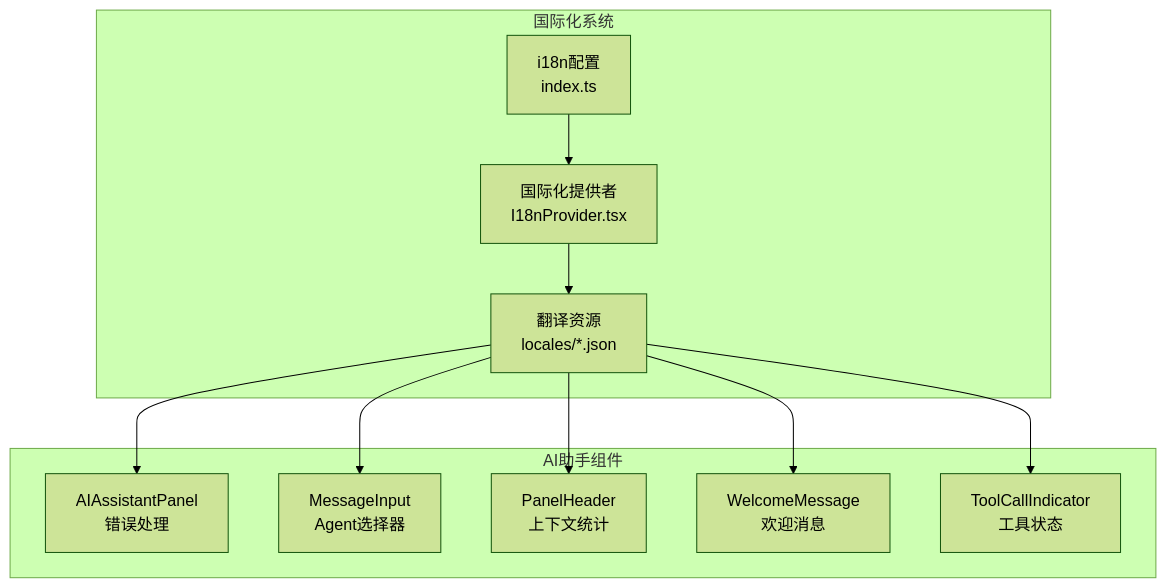
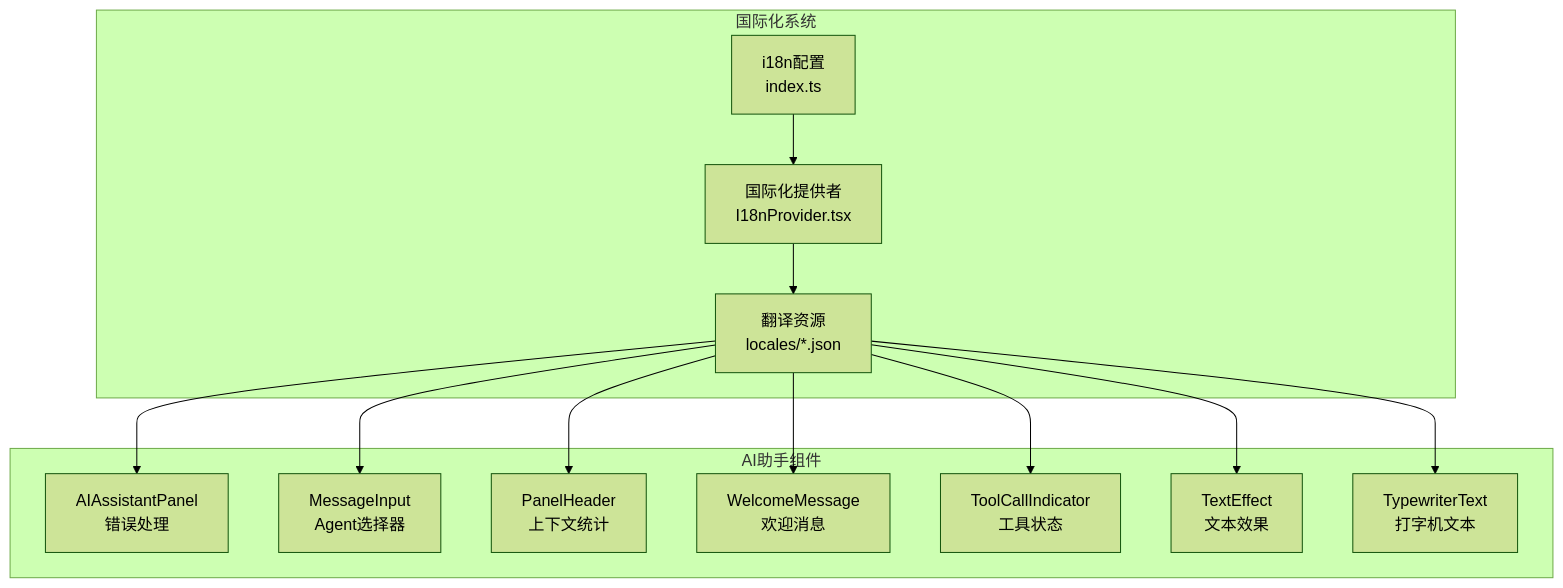
Before and after one commit to KunLabAI/KunFlix: diagram 14 of 15 in .qoder/repowiki/zh/content/系统架构/前端架构/组件架构/AI助手组件.md, drawn with Mermaid (forest theme). The commit also changed other lines of this file and 12 other files, not shown here.

````diff
--- a/.qoder/repowiki/zh/content/系统架构/前端架构/组件架构/AI助手组件.md
+++ b/.qoder/repowiki/zh/content/系统架构/前端架构/组件架构/AI助手组件.md
@@ -533,22 +644,26 @@
 ```mermaid
 graph TB
 subgraph "国际化系统"
 A["i18n配置<br/>index.ts"]
 B["国际化提供者<br/>I18nProvider.tsx"]
 C["翻译资源<br/>locales/*.json"]
 end
 subgraph "AI助手组件"
 D["AIAssistantPanel<br/>错误处理"]
 E["MessageInput<br/>Agent选择器"]
 F["PanelHeader<br/>上下文统计"]
 G["WelcomeMessage<br/>欢迎消息"]
 H["ToolCallIndicator<br/>工具状态"]
+I["TextEffect<br/>文本效果"]
+J["TypewriterText<br/>打字机文本"]
 end
 A --> B
 B --> C
 C --> D
 C --> E
 C --> F
 C --> G
 C --> H
+C --> I
+C --> J
 ```
````
